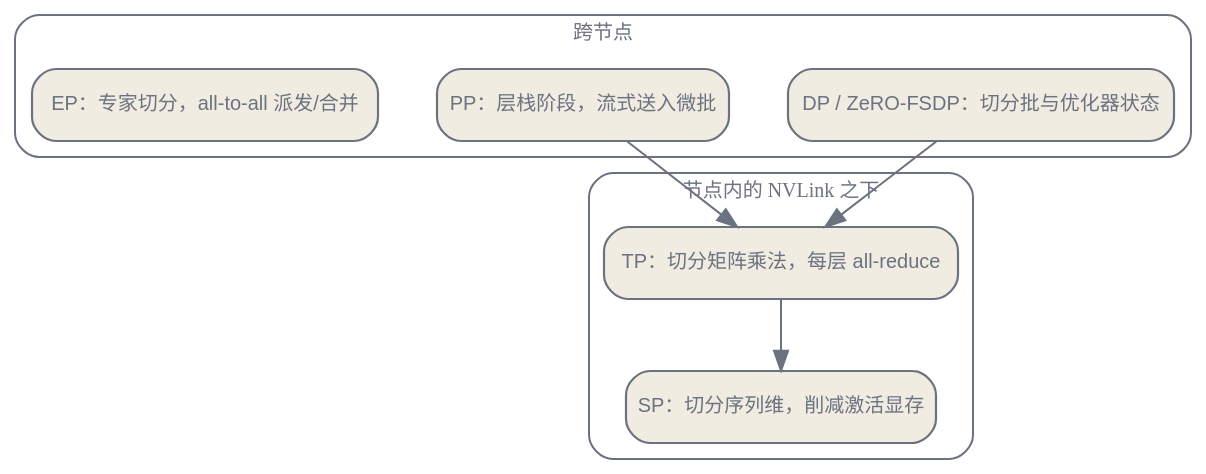
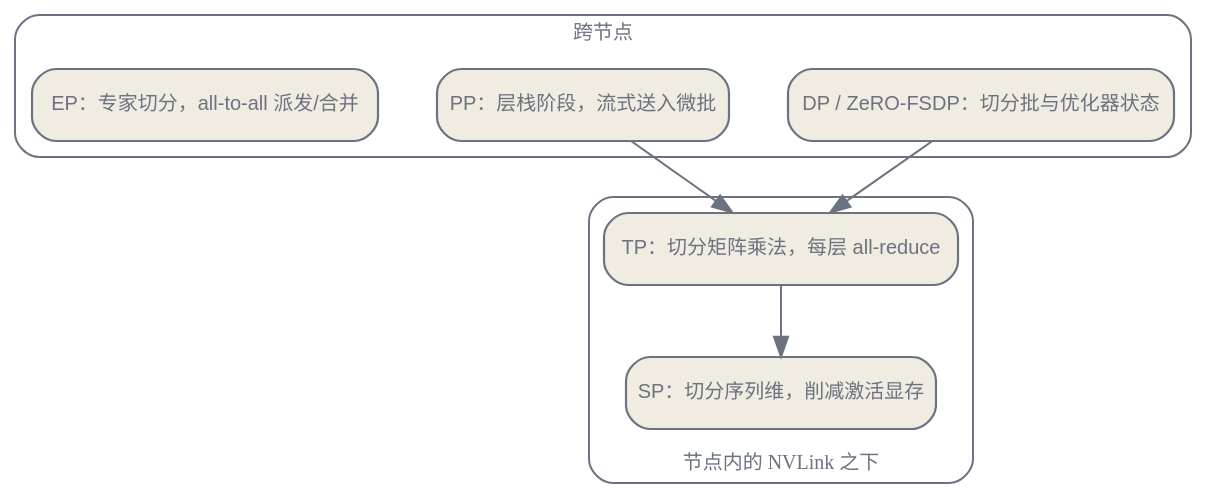
Before and after one commit to latere-ai/ai-as-an-infrastructure: the fourth of 4 diagrams in zh/foundations/06-training-at-scale.qmd, drawn with Graphviz. The commit also changed 1 other file, not shown here.

Commit message:
training-at-scale: drop device-mesh inner-cluster title below incoming arrows

````diff
--- a/zh/foundations/06-training-at-scale.qmd
+++ b/zh/foundations/06-training-at-scale.qmd
@@ -178,25 +178,25 @@
 ```{dot}
 //| label: fig-training-mesh
 //| fig-cap: "惯常的设备网格布局：通信密集的 TP 与 SP 留在节点内的 NVLink 之下，而更易被隐藏的 DP、PP 与 EP 跨节点。"
 digraph {
   bgcolor="transparent";
   rankdir=TB;
   nodesep=0.4; ranksep=0.5;
   node [shape=box, style="rounded,filled", fontname="Helvetica", fontsize=10, color="#6b7280", fontcolor="#6b7280", fillcolor="#f1ece1", penwidth=1.1];
   edge [fontsize=10, fontname="Helvetica", color="#6b7280", fontcolor="#6b7280"];
   subgraph cluster_across {
     label="跨节点"; style=rounded; color="#6b7280"; fontcolor="#6b7280"; fontsize=10;
     DP [label="DP / ZeRO-FSDP：切分批与优化器状态"];
     PP [label="PP：层栈阶段，流式送入微批"];
     EP [label="EP：专家切分，all-to-all 派发/合并"];
   }
   subgraph cluster_node {
-    label="节点内的 NVLink 之下"; style=rounded; color="#6b7280"; fontcolor="#6b7280"; fontsize=10;
+    label="节点内的 NVLink 之下"; labelloc="b"; style=rounded; color="#6b7280"; fontcolor="#6b7280"; fontsize=10;
     TP [label="TP：切分矩阵乘法，每层 all-reduce"];
     SP [label="SP：切分序列维，削减激活显存"];
   }
   DP -> TP;
   PP -> TP;
   TP -> SP;
 }
 ```
````
